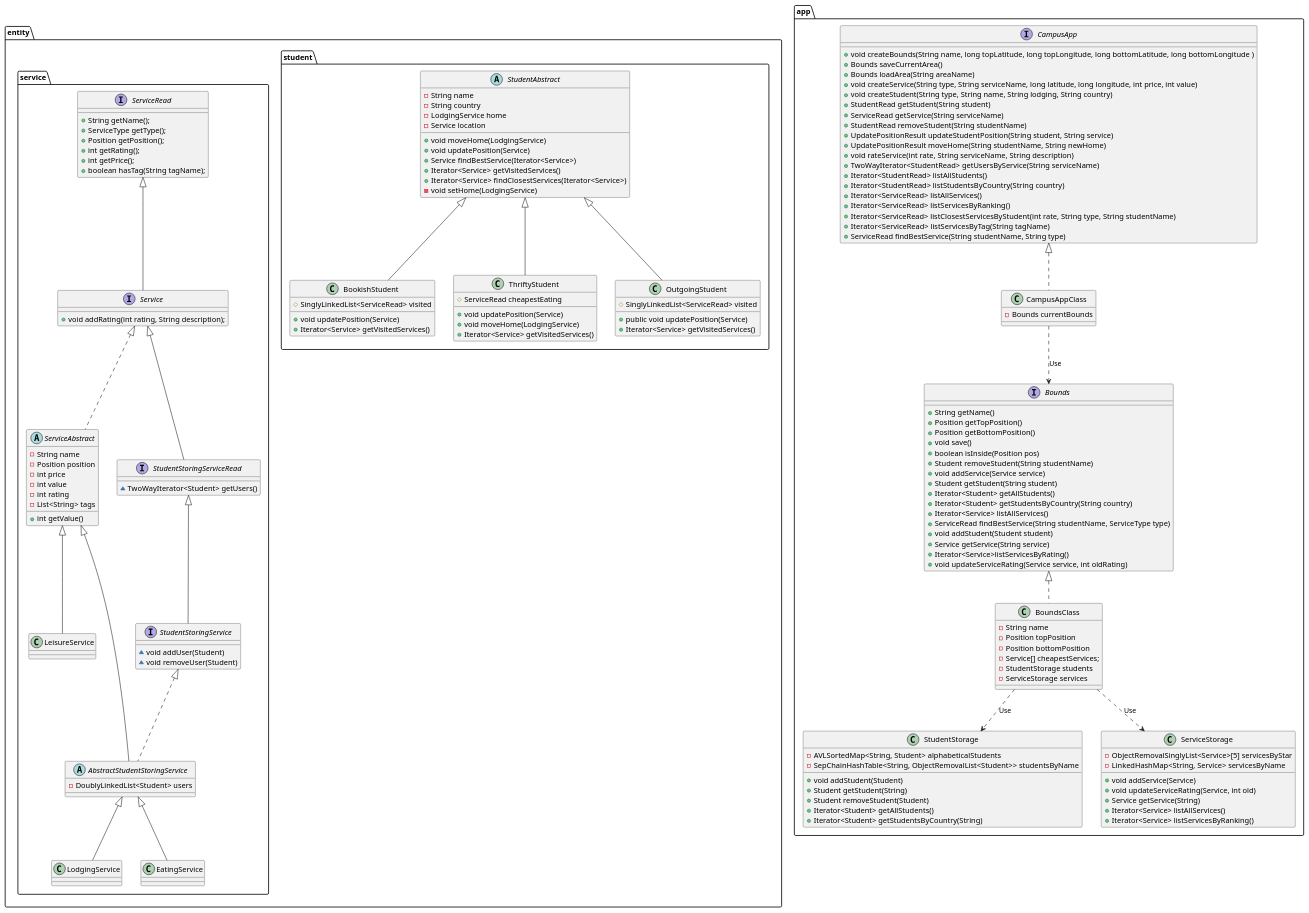
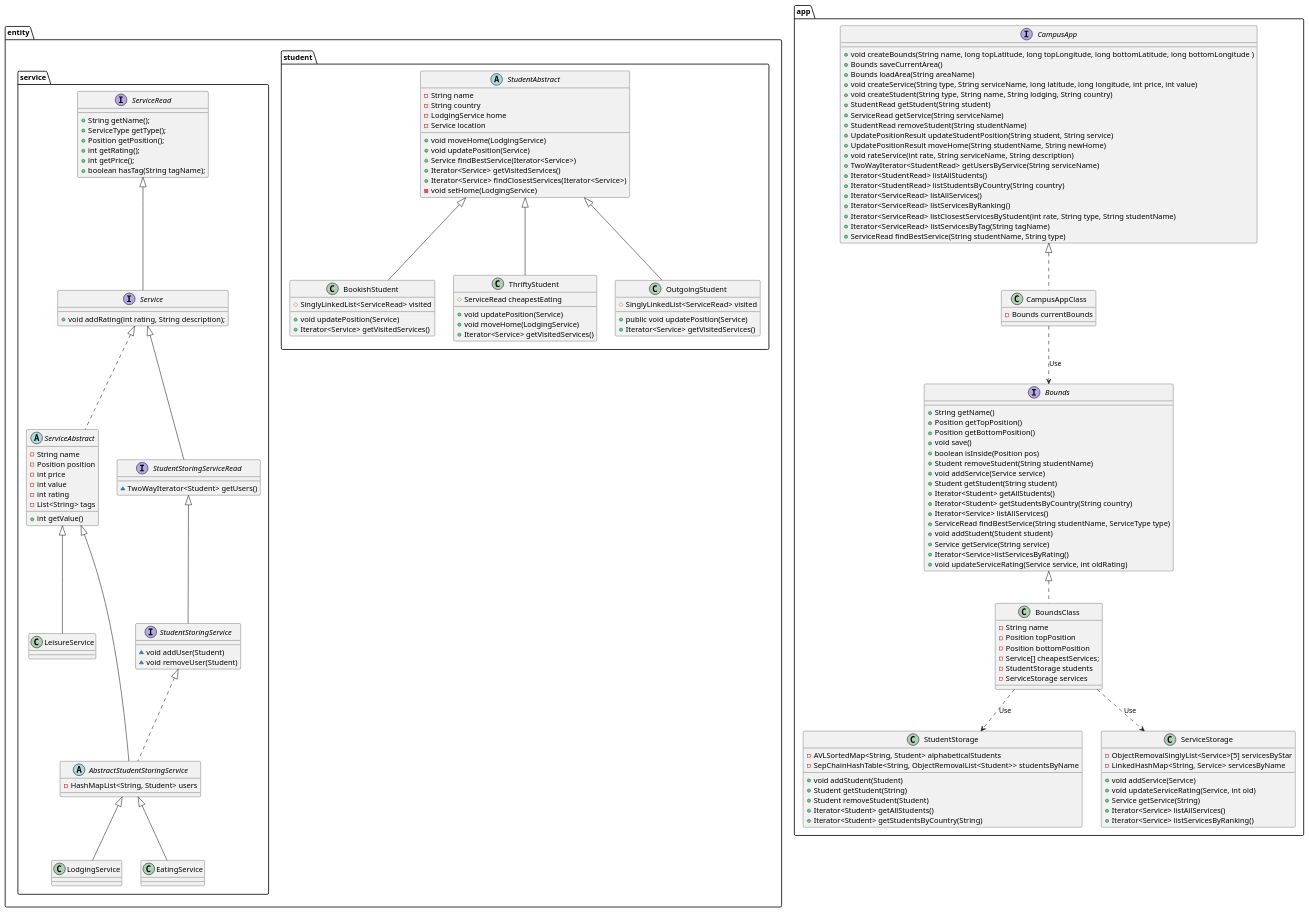
Before and after one commit to thiphane/AED_prog: the diagram in diagram.puml, drawn with PlantUML.

Commit message:
diagrama hashmaplist

```diff
--- a/diagram.puml
+++ b/diagram.puml
@@ -1,160 +1,160 @@
 @startuml
 abstract class entity.student.StudentAbstract {
 - String name
 - String country
 - LodgingService home
 - Service location
 + void moveHome(LodgingService)
 + void updatePosition(Service)
 + Service findBestService(Iterator<Service>)
 + Iterator<Service> getVisitedServices()
 + Iterator<Service>  findClosestServices(Iterator<Service>)
 - void setHome(LodgingService)
 }
 
 
 interface app.Bounds {
     +String getName()
     +Position getTopPosition()
     +Position getBottomPosition()
     +void save()
     +boolean isInside(Position pos)
     +Student removeStudent(String studentName)
     +void addService(Service service)
     +Student getStudent(String student)
     +Iterator<Student> getAllStudents()
     +Iterator<Student> getStudentsByCountry(String country)
     +Iterator<Service> listAllServices()
     +ServiceRead findBestService(String studentName, ServiceType type)
     +void addStudent(Student student)
     +Service getService(String service)
     +Iterator<Service>listServicesByRating()
     + void updateServiceRating(Service service, int oldRating)
 }
 
 class app.BoundsClass implements app.Bounds{
 - String name
 - Position topPosition
 - Position bottomPosition
 - Service[] cheapestServices;
 - StudentStorage students
 - ServiceStorage services
 }
 
 
 class entity.service.LeisureService extends entity.service.ServiceAbstract {
 }
 
 class entity.student.BookishStudent extends entity.student.StudentAbstract  {
 # SinglyLinkedList<ServiceRead> visited
 + void updatePosition(Service)
 + Iterator<Service> getVisitedServices()
 }
 
 
 class entity.student.ThriftyStudent extends entity.student.StudentAbstract {
 # ServiceRead cheapestEating
 + void updatePosition(Service)
 + void moveHome(LodgingService)
 + Iterator<Service> getVisitedServices()
 }
 
 class entity.student.OutgoingStudent extends entity.student.StudentAbstract {
 # SinglyLinkedList<ServiceRead> visited
 + public void updatePosition(Service)
 + Iterator<Service> getVisitedServices()
 }
 
 class app.StudentStorage {
 - AVLSortedMap<String, Student> alphabeticalStudents
 - SepChainHashTable<String, ObjectRemovalList<Student>> studentsByName
 + void addStudent(Student)
 + Student getStudent(String)
 + Student removeStudent(Student)
 + Iterator<Student> getAllStudents()
 + Iterator<Student> getStudentsByCountry(String)
 }
 
 class app.ServiceStorage {
 - ObjectRemovalSinglyList<Service>[5] servicesByStar
 - LinkedHashMap<String, Service> servicesByName
 + void addService(Service)
 + void updateServiceRating(Service, int old)
 + Service getService(String)
 + Iterator<Service> listAllServices()
 + Iterator<Service> listServicesByRanking()
 }
 
 interface entity.service.ServiceRead {
     + String getName();
     + ServiceType getType();
     + Position getPosition();
     + int getRating();
     + int getPrice();
     + boolean hasTag(String tagName);
 }
 
 interface entity.service.Service extends entity.service.ServiceRead {
     + void addRating(int rating, String description);
 }
 
 abstract class entity.service.AbstractStudentStoringService extends entity.service.ServiceAbstract implements entity.service.StudentStoringService {
-- DoublyLinkedList<Student> users
+- HashMapList<String, Student> users
 }
 
 abstract class entity.service.ServiceAbstract implements entity.service.Service{
 - String name
 - Position position
 - int price
 - int value
 - int rating
 - List<String> tags
 + int getValue()
 }
 
 interface entity.service.StudentStoringService extends entity.service.StudentStoringServiceRead {
 ~ void addUser(Student)
 ~ void removeUser(Student)
 }
 
 interface entity.service.StudentStoringServiceRead extends entity.service.Service {
 ~ TwoWayIterator<Student> getUsers()
 }
 
 class entity.service.LodgingService extends entity.service.AbstractStudentStoringService {
 }
 
 
 class entity.service.EatingService extends entity.service.AbstractStudentStoringService {
 }
 
 interface app.CampusApp {
     + void createBounds(String name, long topLatitude, long topLongitude, long bottomLatitude, long bottomLongitude )
     + Bounds saveCurrentArea()
     + Bounds loadArea(String areaName)
     + void createService(String type, String serviceName, long latitude, long longitude, int price, int value)
     + void createStudent(String type, String name, String lodging, String country)
     + StudentRead getStudent(String student)
     + ServiceRead getService(String serviceName)
     + StudentRead removeStudent(String studentName)
     + UpdatePositionResult updateStudentPosition(String student, String service)
     + UpdatePositionResult moveHome(String studentName, String newHome)
     + void rateService(int rate, String serviceName, String description)
     + TwoWayIterator<StudentRead> getUsersByService(String serviceName)
     + Iterator<StudentRead> listAllStudents()
     + Iterator<StudentRead> listStudentsByCountry(String country)
     + Iterator<ServiceRead> listAllServices()
     + Iterator<ServiceRead> listServicesByRanking()
     + Iterator<ServiceRead> listClosestServicesByStudent(int rate, String type, String studentName)
     + Iterator<ServiceRead> listServicesByTag(String tagName)
     + ServiceRead findBestService(String studentName, String type)
 }
 
 class app.CampusAppClass implements app.CampusApp {
 - Bounds currentBounds
 }
 
 app.BoundsClass ..> app.ServiceStorage : Use
 app.BoundsClass ..> app.StudentStorage : Use
 app.CampusAppClass ..> app.Bounds : Use
 @enduml
```
